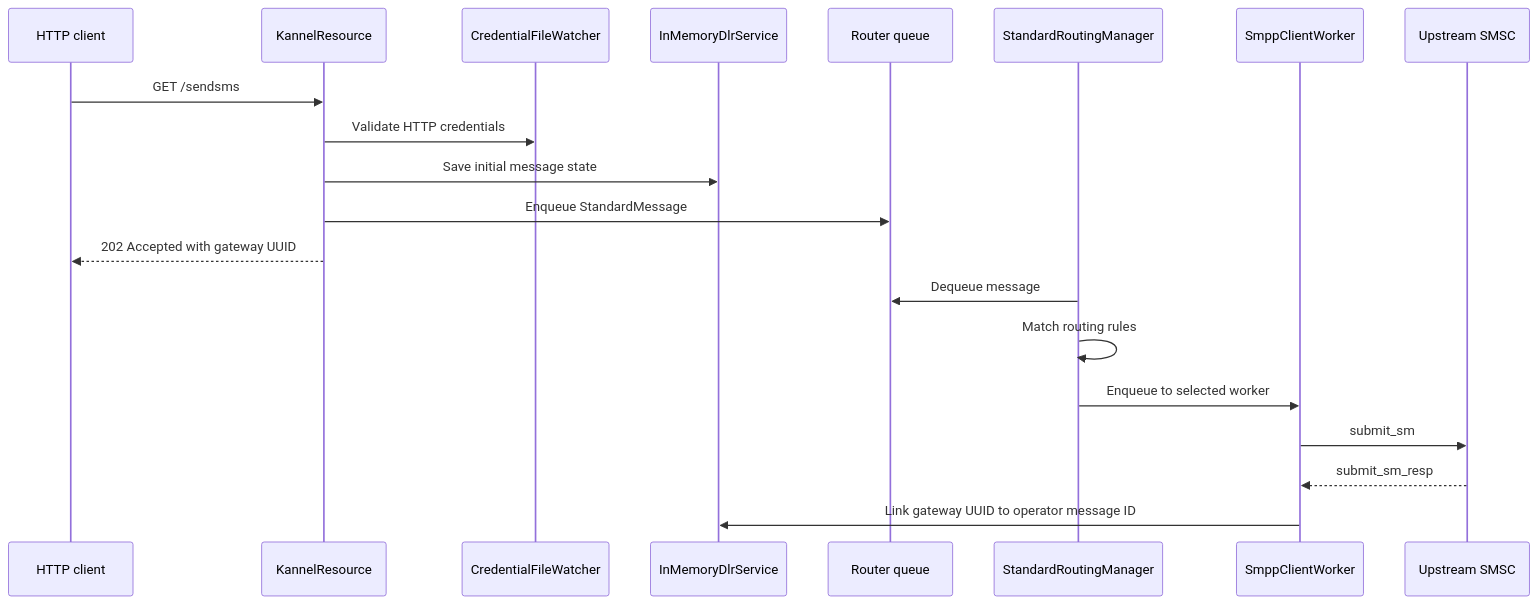
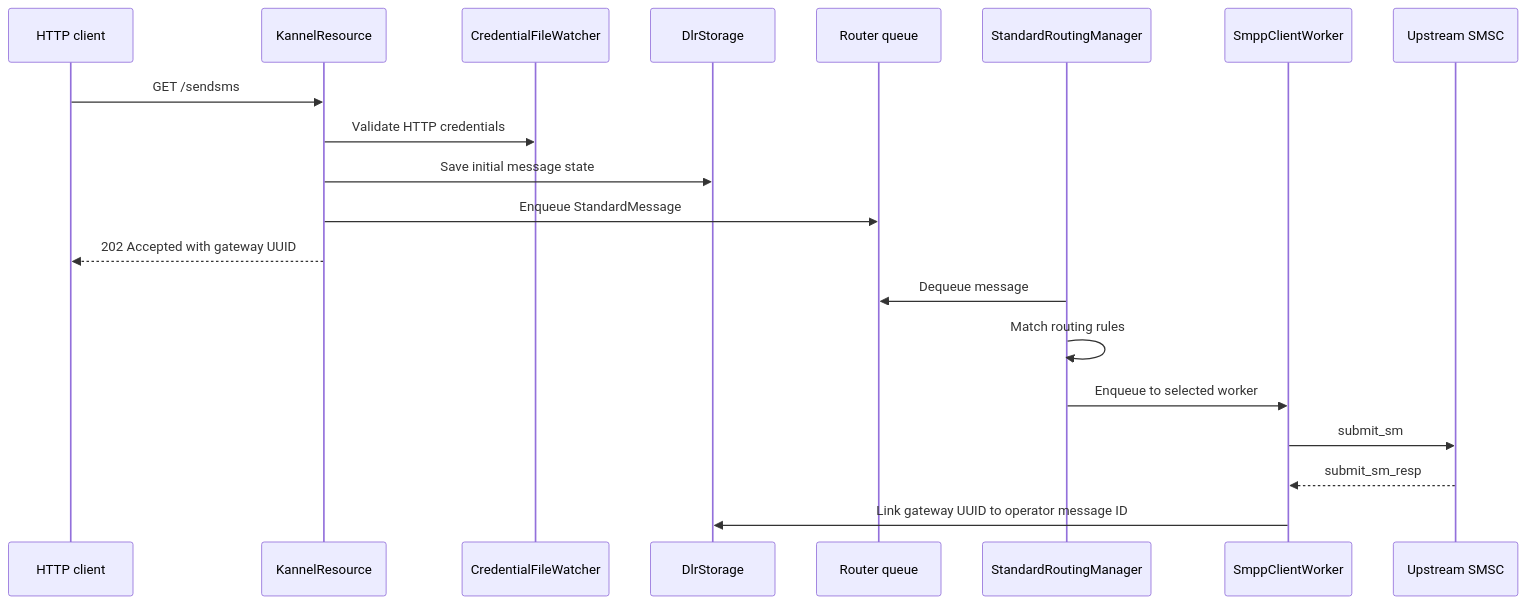
One commit to cytechmobile/sendium changed the third of 6 diagrams in docs/01-architecture.md. Above: the diagram before and after it, drawn with Mermaid. The commit also changed other lines of this file and 6 other files, not shown here.

````diff
--- a/docs/01-architecture.md
+++ b/docs/01-architecture.md
@@ -85,23 +85,23 @@
 ```mermaid
 sequenceDiagram
     participant Client as HTTP client
     participant API as KannelResource
     participant Creds as CredentialFileWatcher
-    participant DLR as InMemoryDlrService
+    participant DLR as DlrStorage
     participant Queue as Router queue
     participant Router as StandardRoutingManager
     participant Worker as SmppClientWorker
     participant SMSC as Upstream SMSC
 
     Client->>API: GET /sendsms
     API->>Creds: Validate HTTP credentials
     API->>DLR: Save initial message state
     API->>Queue: Enqueue StandardMessage
     API-->>Client: 202 Accepted with gateway UUID
     Router->>Queue: Dequeue message
     Router->>Router: Match routing rules
     Router->>Worker: Enqueue to selected worker
     Worker->>SMSC: submit_sm
     SMSC-->>Worker: submit_sm_resp
     Worker->>DLR: Link gateway UUID to operator message ID
 ```
````
